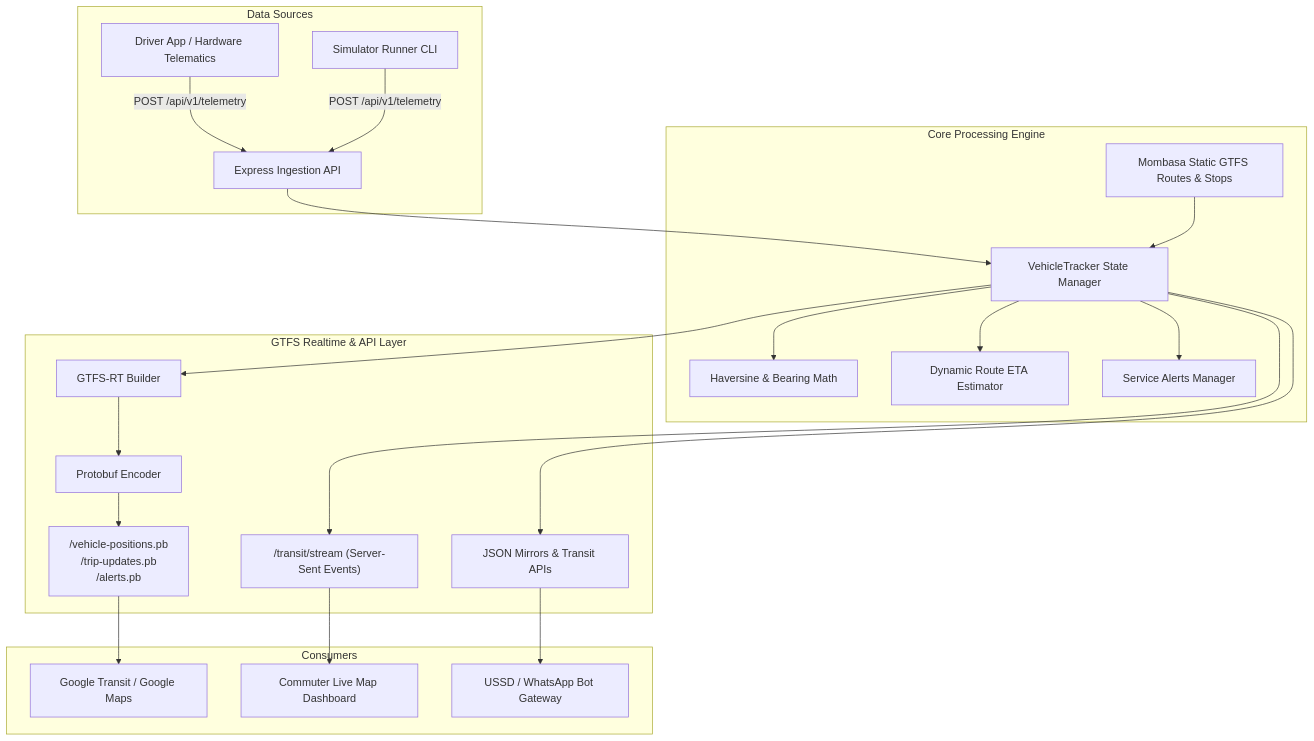
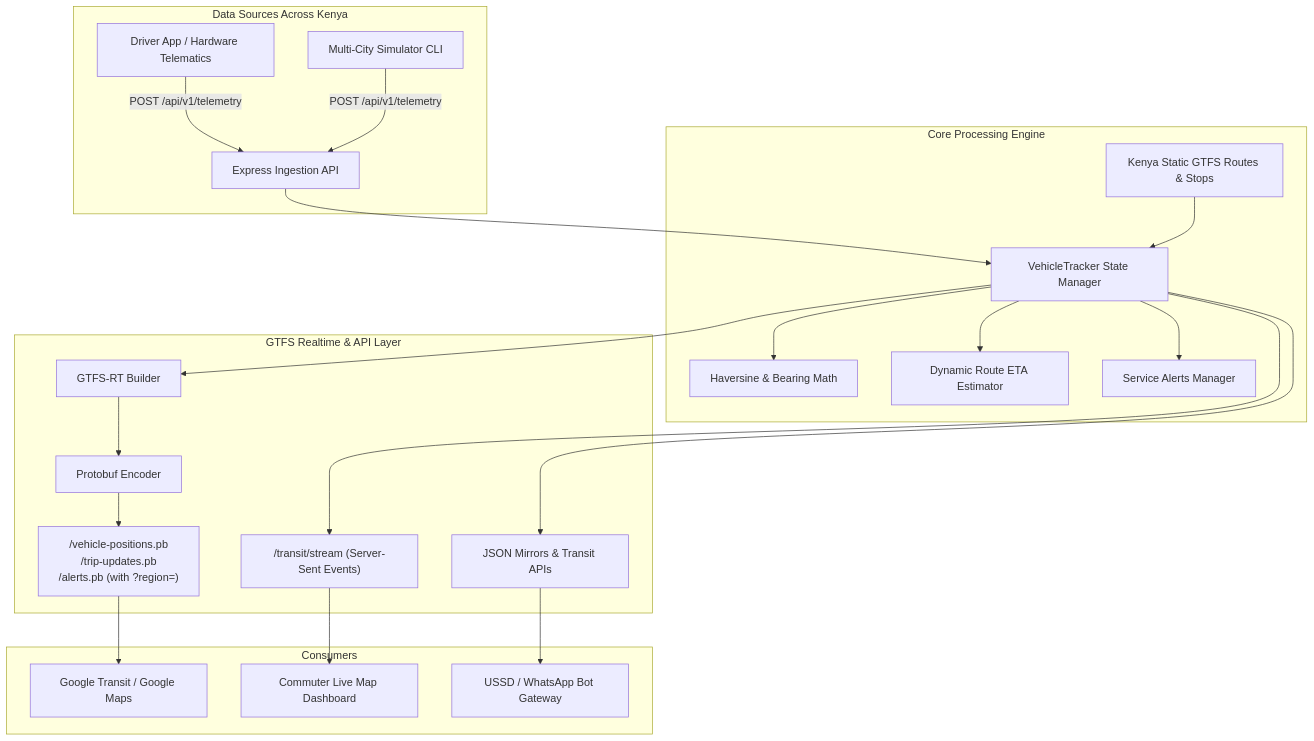
One commit to Swahilipot-Hub-Engineering/mat-pulse changed the diagram in docs/ARCHITECTURE.md. Above: the diagram before and after it, drawn with Mermaid. The commit also changed other lines of this file and 19 other files, not shown here.

First line of the commit message:
feat(transit): expand real-time telemetry and GTFS engine across Kenya

````diff
--- a/docs/ARCHITECTURE.md
+++ b/docs/ARCHITECTURE.md
@@ -15,29 +15,29 @@
 ```mermaid
 flowchart TD
-    subgraph Data Sources
+    subgraph Data Sources Across Kenya
         APP[Driver App / Hardware Telematics] -->|POST /api/v1/telemetry| INGEST[Express Ingestion API]
-        SIM[Simulator Runner CLI] -->|POST /api/v1/telemetry| INGEST
+        SIM[Multi-City Simulator CLI] -->|POST /api/v1/telemetry| INGEST
     end
 
     subgraph Core Processing Engine
         INGEST --> TRACKER[VehicleTracker State Manager]
-        STATIC[Mombasa Static GTFS Routes & Stops] --> TRACKER
+        STATIC[Kenya Static GTFS Routes & Stops] --> TRACKER
         TRACKER --> GEO[Haversine & Bearing Math]
         TRACKER --> ETA[Dynamic Route ETA Estimator]
         TRACKER --> ALERTS[Service Alerts Manager]
     end
 
     subgraph GTFS Realtime & API Layer
         TRACKER --> RT_BUILDER[GTFS-RT Builder]
         RT_BUILDER --> PB_ENCODER[Protobuf Encoder]
-        PB_ENCODER --> PB_FEEDS["/vehicle-positions.pb<br/>/trip-updates.pb<br/>/alerts.pb"]
+        PB_ENCODER --> PB_FEEDS["/vehicle-positions.pb<br/>/trip-updates.pb<br/>/alerts.pb (with ?region=)"]
         TRACKER --> SSE_STREAM["/transit/stream (Server-Sent Events)"]
         TRACKER --> JSON_FEEDS["JSON Mirrors & Transit APIs"]
     end
 
     subgraph Consumers
         PB_FEEDS --> GOOGLE[Google Transit / Google Maps]
         SSE_STREAM --> WEB[Commuter Live Map Dashboard]
         JSON_FEEDS --> BOT[USSD / WhatsApp Bot Gateway]
     end
 ```
````
